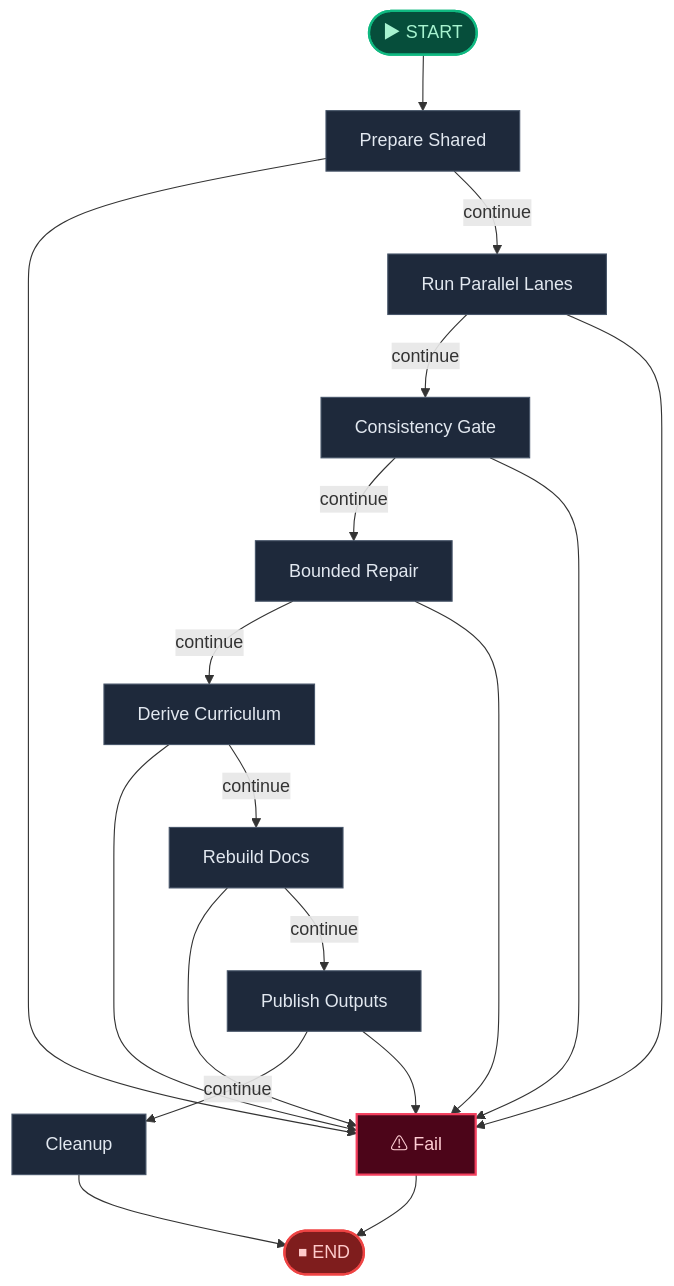
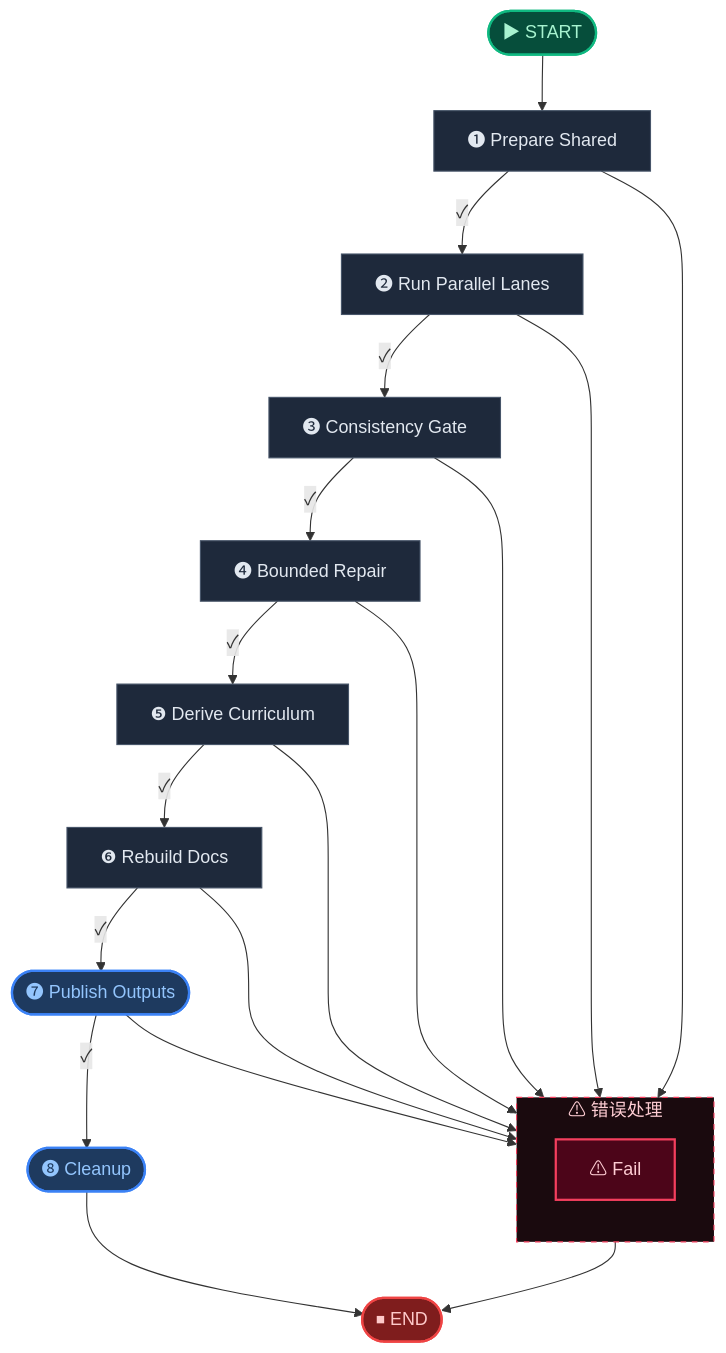
One commit to aiteachme/AITeachMe changed the fourth of 4 diagrams in backend/scripts/.generated_workflow_diagrams/digest.md. Above: the diagram before and after it, drawn with Mermaid. The commit also changed other lines of this file and 6 other files, not shown here.

````diff
--- a/backend/scripts/.generated_workflow_diagrams/digest.md
+++ b/backend/scripts/.generated_workflow_diagrams/digest.md
@@ -145,41 +209,49 @@
 ```mermaid
 flowchart TD
     __start__(["▶ START"])
-    prepare_shared["Prepare Shared"]
-    run_parallel_lanes["Run Parallel Lanes"]
-    consistency_gate["Consistency Gate"]
-    bounded_repair["Bounded Repair"]
-    derive_curriculum["Derive Curriculum"]
-    rebuild_docs["Rebuild Docs"]
-    publish_outputs["Publish Outputs"]
-    cleanup["Cleanup"]
-    fail["⚠ Fail"]
+    prepare_shared["❶ Prepare Shared"]
+    run_parallel_lanes["❷ Run Parallel Lanes"]
+    consistency_gate["❸ Consistency Gate"]
+    bounded_repair["❹ Bounded Repair"]
+    derive_curriculum["❺ Derive Curriculum"]
+    rebuild_docs["❻ Rebuild Docs"]
+    publish_outputs(["❼ Publish Outputs"])
+    cleanup(["❽ Cleanup"])
     __end__(["⏹ END"])
 
+    subgraph error_zone ["⚠ 错误处理"]
+    direction TB
+        fail["⚠ Fail"]
+    end
+
     __start__ --> prepare_shared
-    bounded_repair -->|"continue"| derive_curriculum
+    bounded_repair -->|"✓"| derive_curriculum
     bounded_repair --> fail
-    consistency_gate -->|"continue"| bounded_repair
+    consistency_gate -->|"✓"| bounded_repair
     consistency_gate --> fail
     derive_curriculum --> fail
-    derive_curriculum -->|"continue"| rebuild_docs
+    derive_curriculum -->|"✓"| rebuild_docs
     prepare_shared --> fail
-    prepare_shared -->|"continue"| run_parallel_lanes
-    publish_outputs -->|"continue"| cleanup
+    prepare_shared -->|"✓"| run_parallel_lanes
+    publish_outputs -->|"✓"| cleanup
     publish_outputs --> fail
     rebuild_docs --> fail
-    rebuild_docs -->|"continue"| publish_outputs
-    run_parallel_lanes -->|"continue"| consistency_gate
+    rebuild_docs -->|"✓"| publish_outputs
+    run_parallel_lanes -->|"✓"| consistency_gate
     run_parallel_lanes --> fail
     cleanup --> __end__
     fail --> __end__
 
     %% ── Styling ──
     classDef startCls fill:#064e3b,stroke:#10b981,stroke-width:2px,color:#a7f3d0
     classDef endCls fill:#7f1d1d,stroke:#ef4444,stroke-width:2px,color:#fecaca
     classDef failCls fill:#4c0519,stroke:#f43f5e,stroke-width:2px,color:#fecdd3
+    classDef termCls fill:#1e3a5f,stroke:#3b82f6,stroke-width:2px,color:#93c5fd
     classDef default fill:#1e293b,stroke:#475569,stroke-width:1px,color:#e2e8f0
+    style error_zone fill:#1a0a0e,stroke:#f43f5e,stroke-width:1px,color:#fecdd3,stroke-dasharray:5
     class __start__ startCls
+    class publish_outputs termCls
+    class cleanup termCls
     class fail failCls
     class __end__ endCls
 ```
````
